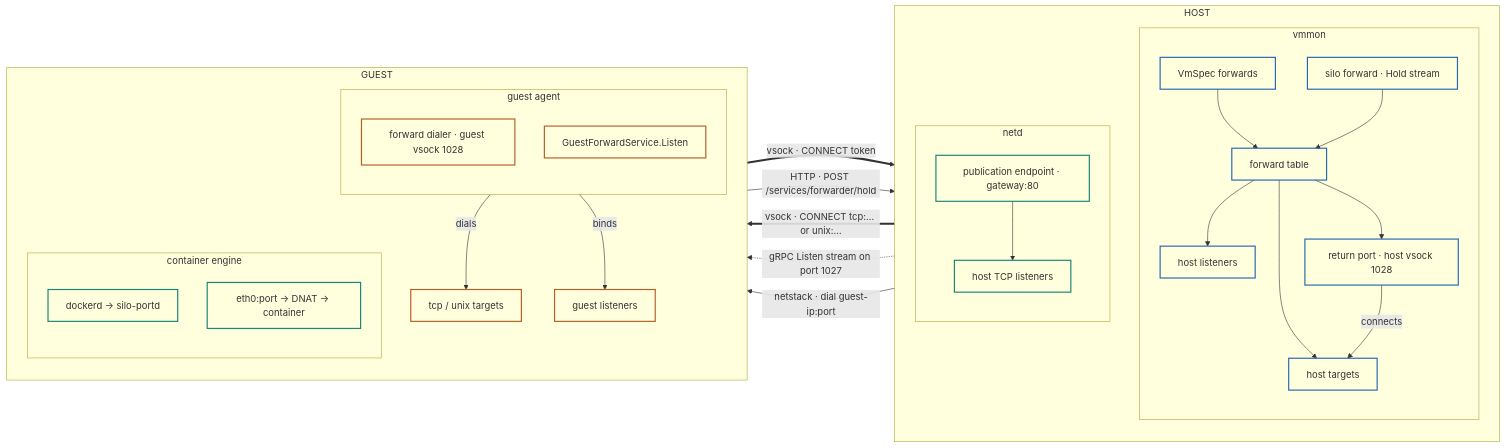
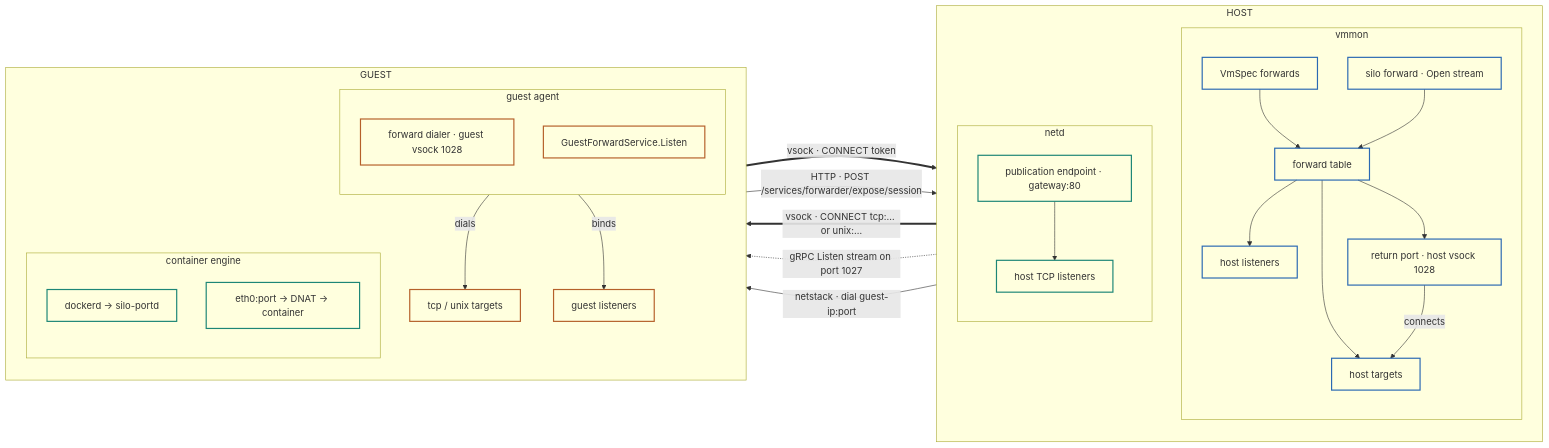
Before and after one commit to vandycknick/silo: the first of 9 diagrams in docs/adr/0016-vsock-forwards-and-netd-publications.md, drawn with Mermaid. The commit also changed other lines of this file and 19 other files, not shown here.

Commit message:
forward: use machine and session scopes

````diff
--- a/docs/adr/0016-vsock-forwards-and-netd-publications.md
+++ b/docs/adr/0016-vsock-forwards-and-netd-publications.md
@@ -147,47 +150,47 @@
 ```mermaid
 flowchart LR
   subgraph HOST
     direction TB
     subgraph vmmon
       direction TB
       spec["VmSpec forwards"] --> table["forward table"]
-      hold["silo forward · Hold stream"] --> table
+      hold["silo forward · Open stream"] --> table
       table --> hl["host listeners"]
       table --> ht["host targets"]
       table --> rp["return port · host vsock 1028"]
     end
     subgraph netd
       direction TB
       pe["publication endpoint · gateway:80"] --> tl["host TCP listeners"]
     end
   end
   subgraph GUEST
     direction TB
     subgraph agent["guest agent"]
       direction TB
       dialer["forward dialer · guest vsock 1028"]
       listen["GuestForwardService.Listen"]
     end
     targets["tcp / unix targets"]
     gl["guest listeners"]
     subgraph engine["container engine"]
       direction TB
       dockerd["dockerd → silo-portd"]
       eth0["eth0:port → DNAT → container"]
     end
   end
   hl ==>|"vsock · CONNECT tcp:… or unix:…"| dialer
   dialer -->|dials| targets
   table -.->|"gRPC Listen stream on port 1027"| listen
   listen -->|binds| gl
   gl ==>|"vsock · CONNECT token"| rp
   rp -->|connects| ht
-  dockerd -->|"HTTP · POST /services/forwarder/hold"| pe
+  dockerd -->|"HTTP · POST /services/forwarder/expose/session"| pe
   tl -->|"netstack · dial guest-ip:port"| eth0
   classDef host stroke:#2b69b3,stroke-width:2px,fill:none
   classDef guest stroke:#b5602a,stroke-width:2px,fill:none
   classDef net stroke:#1d8676,stroke-width:2px,fill:none
   class spec,hold,table,hl,ht,rp host
   class dialer,listen,targets,gl guest
   class pe,tl,dockerd,eth0 net
 ```
````
